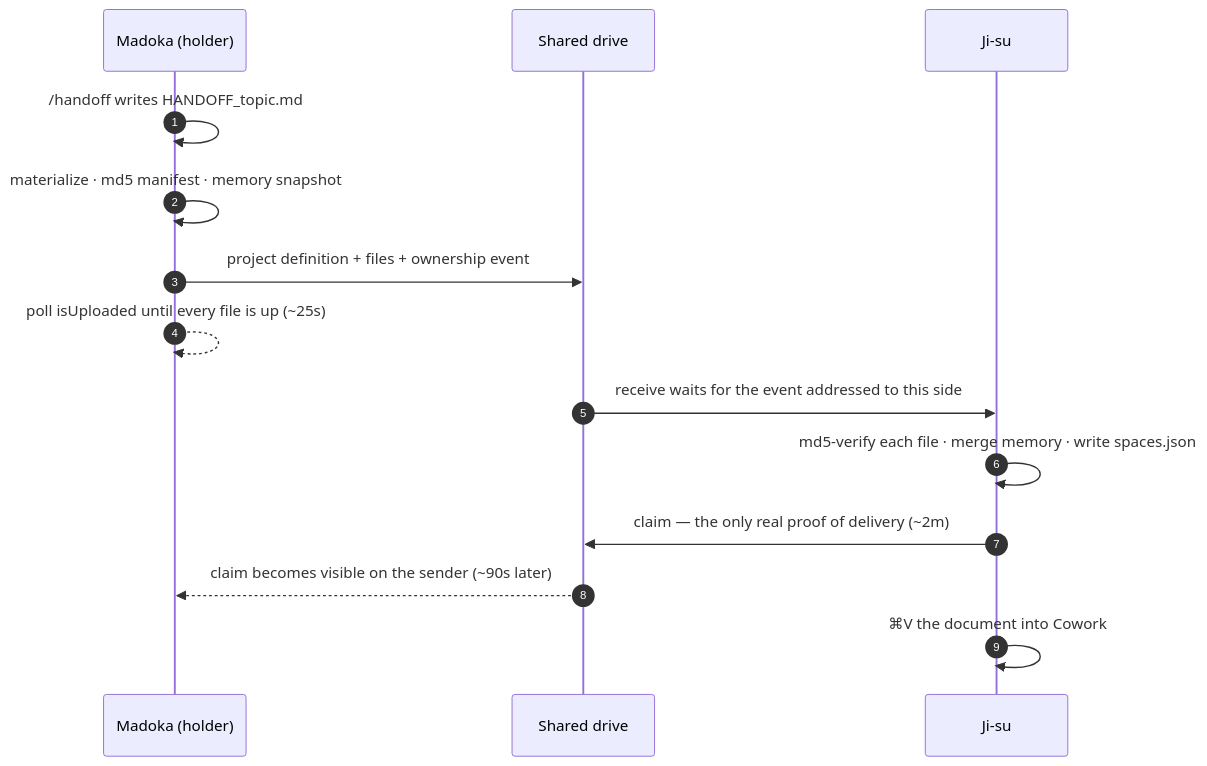
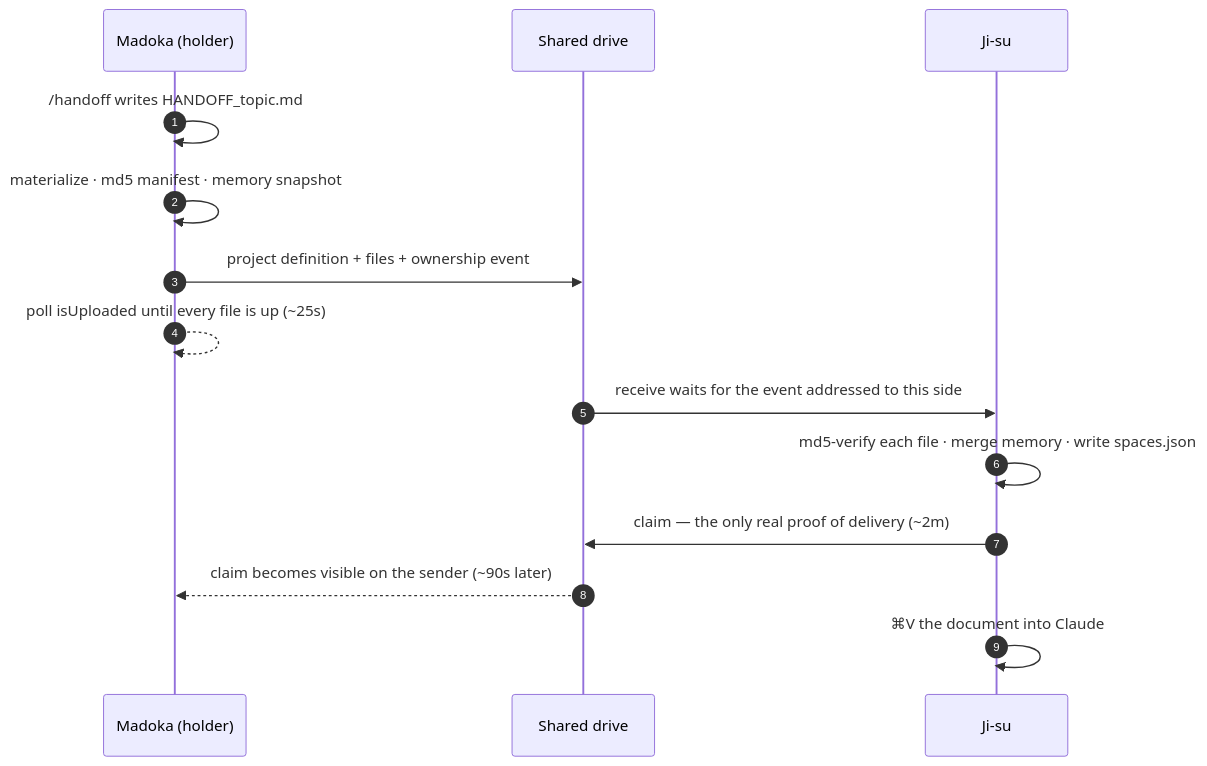
Before and after one commit to altsang/claude-tandem: the second of 2 diagrams in docs/handoffs.md, drawn with Mermaid. The commit also changed other lines of this file and 17 other files, not shown here.

First line of the commit message:
Say Claude projects, not Cowork; draw the handoff on two computers

````diff
--- a/docs/handoffs.md
+++ b/docs/handoffs.md
@@ -73,16 +73,16 @@
 ```mermaid
 sequenceDiagram
     autonumber
     participant A as Madoka (holder)
     participant D as Shared drive
     participant B as Ji-su
     A->>A: /handoff writes HANDOFF_topic.md
     A->>A: materialize · md5 manifest · memory snapshot
     A->>D: project definition + files + ownership event
     A-->>A: poll isUploaded until every file is up (~25s)
     D->>B: receive waits for the event addressed to this side
     B->>B: md5-verify each file · merge memory · write spaces.json
     B->>D: claim — the only real proof of delivery (~2m)
     D-->>A: claim becomes visible on the sender (~90s later)
-    B->>B: ⌘V the document into Cowork
+    B->>B: ⌘V the document into Claude
 ```
````
